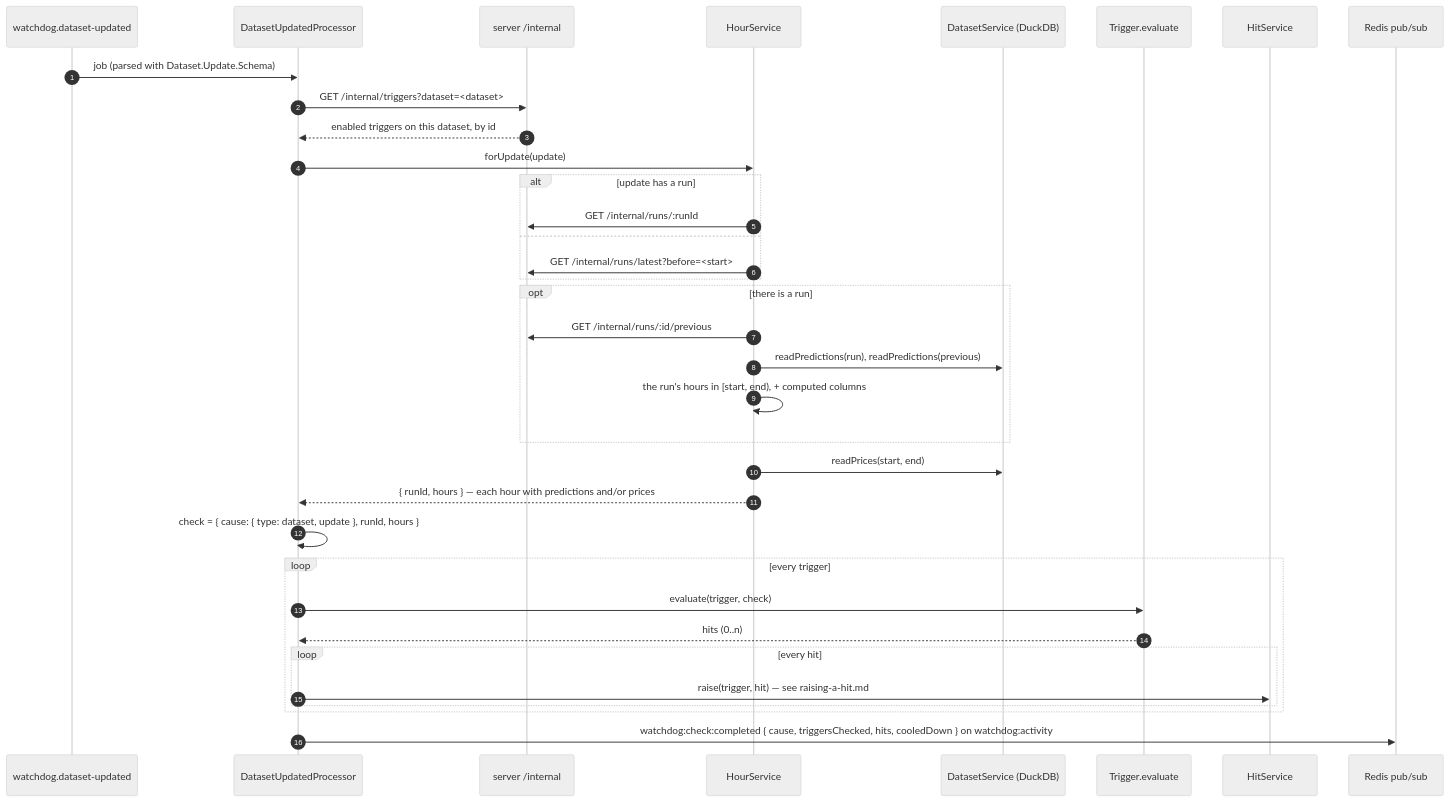
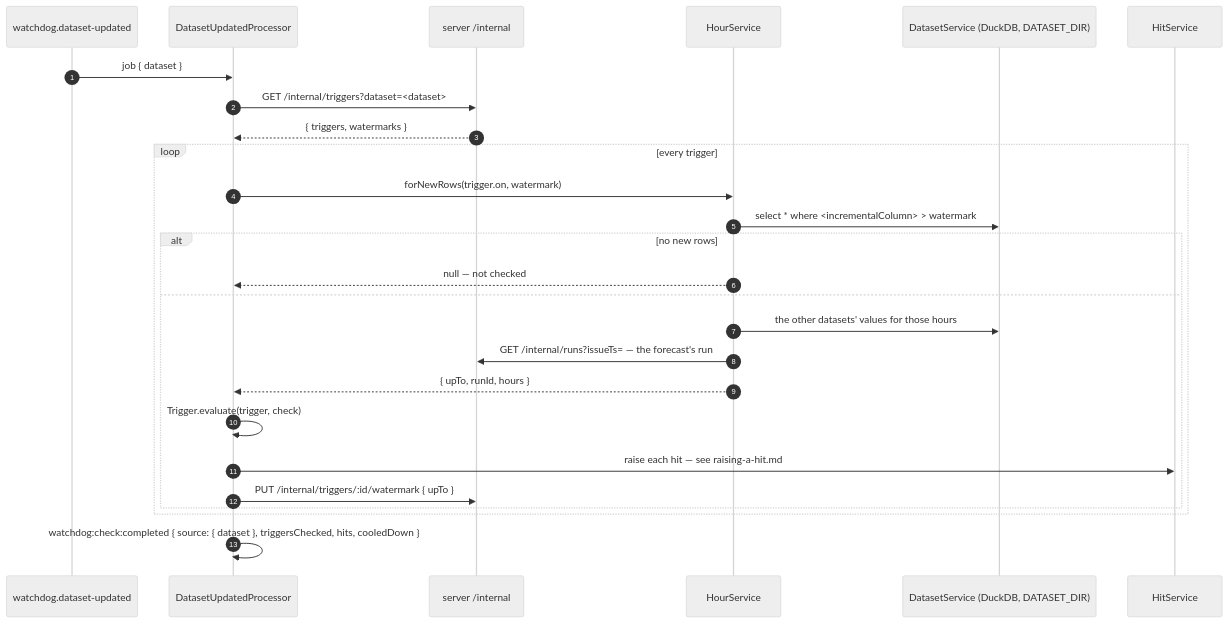
Before and after one commit to LarpersFMI/GridSense: the diagram in packages/docs/checking-an-update.md, drawn with Mermaid (neutral theme). The commit also changed other lines of this file and 37 other files, not shown here.

First line of the commit message:
Refactor Trigger and Watchdog APIs for Improved Dataset Handling

````diff
--- a/packages/docs/checking-an-update.md
+++ b/packages/docs/checking-an-update.md
@@ -23,38 +40,29 @@
 ```mermaid
 sequenceDiagram
     autonumber
     participant Q as watchdog.dataset-updated
     participant UP as DatasetUpdatedProcessor
     participant API as server /internal
     participant H as HourService
-    participant D as DatasetService (DuckDB)
-    participant T as Trigger.evaluate
+    participant D as DatasetService (DuckDB, DATASET_DIR)
     participant HS as HitService
-    participant R as Redis pub/sub
 
-    Q->>UP: job (parsed with Dataset.Update.Schema)
+    Q->>UP: job { dataset }
     UP->>API: GET /internal/triggers?dataset=<dataset>
-    API-->>UP: enabled triggers on this dataset, by id
-    UP->>H: forUpdate(update)
-    alt update has a run
-        H->>API: GET /internal/runs/:runId
-    else
-        H->>API: GET /internal/runs/latest?before=<start>
-    end
-    opt there is a run
-        H->>API: GET /internal/runs/:id/previous
-        H->>D: readPredictions(run), readPredictions(previous)
-        H->>H: the run's hours in [start, end), + computed columns
-    end
-    H->>D: readPrices(start, end)
-    H-->>UP: { runId, hours } — each hour with predictions and/or prices
-    UP->>UP: check = { cause: { type: dataset, update }, runId, hours }
+    API-->>UP: { triggers, watermarks }
     loop every trigger
-        UP->>T: evaluate(trigger, check)
-        T-->>UP: hits (0..n)
-        loop every hit
-            UP->>HS: raise(trigger, hit) — see raising-a-hit.md
+        UP->>H: forNewRows(trigger.on, watermark)
+        H->>D: select * where <incrementalColumn> > watermark
+        alt no new rows
+            H-->>UP: null — not checked
+        else
+            H->>D: the other datasets' values for those hours
+            H->>API: GET /internal/runs?issueTs= — the forecast's run
+            H-->>UP: { upTo, runId, hours }
+            UP->>UP: Trigger.evaluate(trigger, check)
+            UP->>HS: raise each hit — see raising-a-hit.md
+            UP->>API: PUT /internal/triggers/:id/watermark { upTo }
         end
     end
-    UP->>R: watchdog:check:completed { cause, triggersChecked, hits, cooledDown } on watchdog:activity
+    UP->>UP: watchdog:check:completed { source: { dataset }, triggersChecked, hits, cooledDown }
 ```
````
